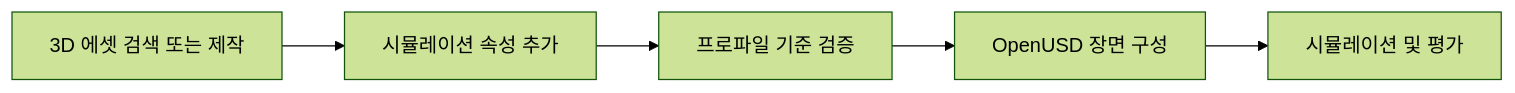
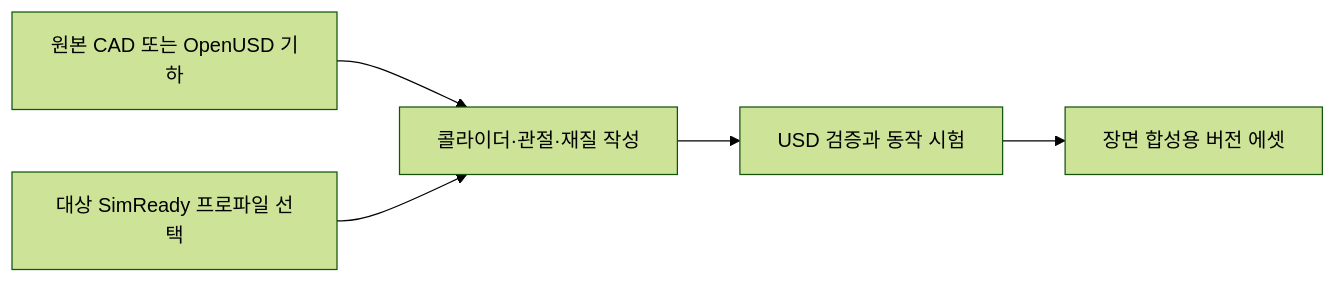
One commit to james-joobs/awesome-nvidia-physical-ai changed the diagram in docs/ko/simready.md. Above: the diagram before and after it, drawn with Mermaid (forest theme). The commit also changed other lines of this file and 187 other files, not shown here.

Commit message:
Expand bilingual guides with official architecture references

````diff
--- a/docs/ko/simready.md
+++ b/docs/ko/simready.md
@@ -21,4 +17,12 @@
 ```mermaid
 flowchart LR
-  A["3D 에셋 검색 또는 제작"] --> B["시뮬레이션 속성 추가"] --> C["프로파일 기준 검증"] --> D["OpenUSD 장면 구성"] --> E["시뮬레이션 및 평가"]
+    cad["원본 CAD 또는 OpenUSD 기하"]
+    author["콜라이더·관절·재질 작성"]
+    profile["대상 SimReady 프로파일 선택"]
+    check["USD 검증과 동작 시험"]
+    asset["장면 합성용 버전 에셋"]
+    cad --> author
+    profile --> author
+    author --> check
+    check --> asset
 ```
````
